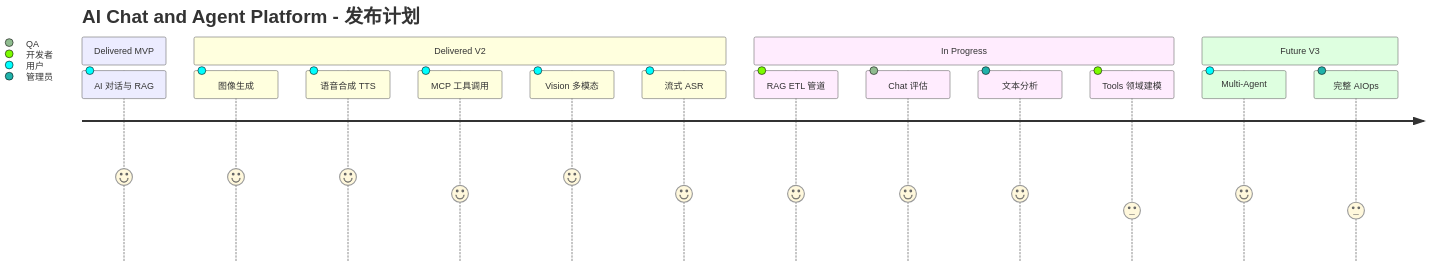
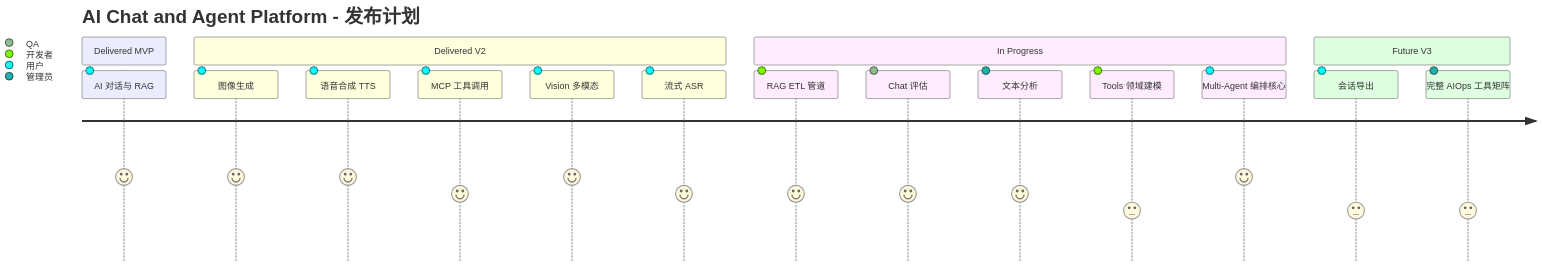
Before and after one commit to felixzhu97/explore-ai: the first of 16 diagrams in docs/User-Story-Map.md, drawn with Mermaid. The commit also changed other lines of this file and 36 other files, not shown here.

First line of the commit message:
feat: add multi-agent supervisor orchestration core

````diff
--- a/docs/User-Story-Map.md
+++ b/docs/User-Story-Map.md
@@ -11,20 +11,21 @@
 ```mermaid
 journey
     title AI Chat and Agent Platform - 发布计划
     section Delivered MVP
         AI 对话与 RAG: 5: 用户
     section Delivered V2
         图像生成: 5: 用户
         语音合成 TTS: 5: 用户
         MCP 工具调用: 4: 用户
         Vision 多模态: 5: 用户
         流式 ASR: 4: 用户
     section In Progress
         RAG ETL 管道: 4: 开发者
         Chat 评估: 4: QA
         文本分析: 4: 管理员
         Tools 领域建模: 3: 开发者
+        Multi-Agent 编排核心: 5: 用户
     section Future V3
-        Multi-Agent: 4: 用户
-        完整 AIOps: 3: 管理员
+        会话导出: 3: 用户
+        完整 AIOps 工具矩阵: 3: 管理员
 ```
````
